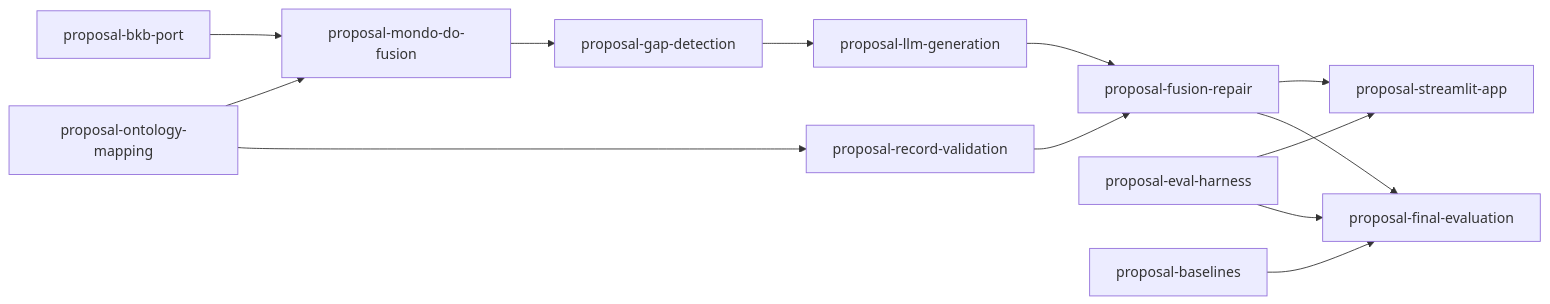
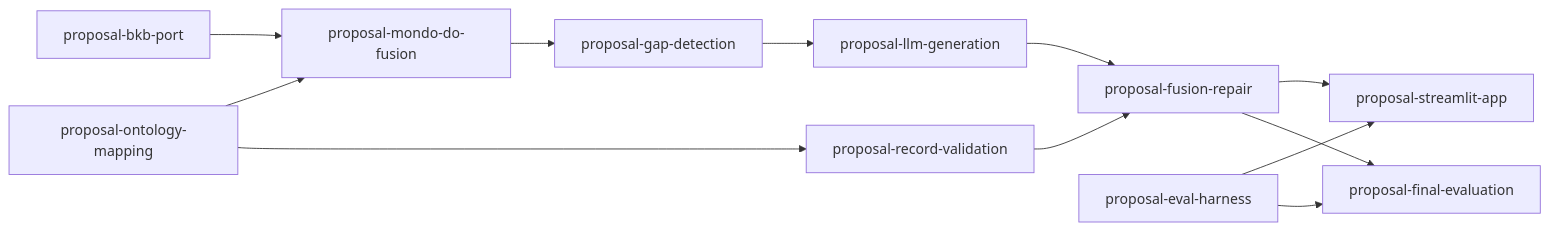
Before and after one commit to joe-dartmouth/synthetic: the diagram in tasks/proposal-index.md, drawn with Mermaid. The commit also changed other lines of this file and 38 other files, not shown here.

First line of the commit message:
Add the baseline augmentation methods (proposal-baselines) (#5)

````diff
--- a/tasks/proposal-index.md
+++ b/tasks/proposal-index.md
@@ -24,15 +23,14 @@
 ```mermaid
 flowchart LR
     bkb_port[proposal-bkb-port] --> mondo_do_fusion[proposal-mondo-do-fusion]
     ontology_mapping[proposal-ontology-mapping] --> mondo_do_fusion[proposal-mondo-do-fusion]
     mondo_do_fusion[proposal-mondo-do-fusion] --> gap_detection[proposal-gap-detection]
     gap_detection[proposal-gap-detection] --> llm_generation[proposal-llm-generation]
     ontology_mapping[proposal-ontology-mapping] --> record_validation[proposal-record-validation]
     llm_generation[proposal-llm-generation] --> fusion_repair[proposal-fusion-repair]
     record_validation[proposal-record-validation] --> fusion_repair[proposal-fusion-repair]
     fusion_repair[proposal-fusion-repair] --> streamlit_app[proposal-streamlit-app]
     eval_harness[proposal-eval-harness] --> streamlit_app[proposal-streamlit-app]
-    baselines[proposal-baselines] --> final_evaluation[proposal-final-evaluation]
     eval_harness[proposal-eval-harness] --> final_evaluation[proposal-final-evaluation]
     fusion_repair[proposal-fusion-repair] --> final_evaluation[proposal-final-evaluation]
 ```
````
